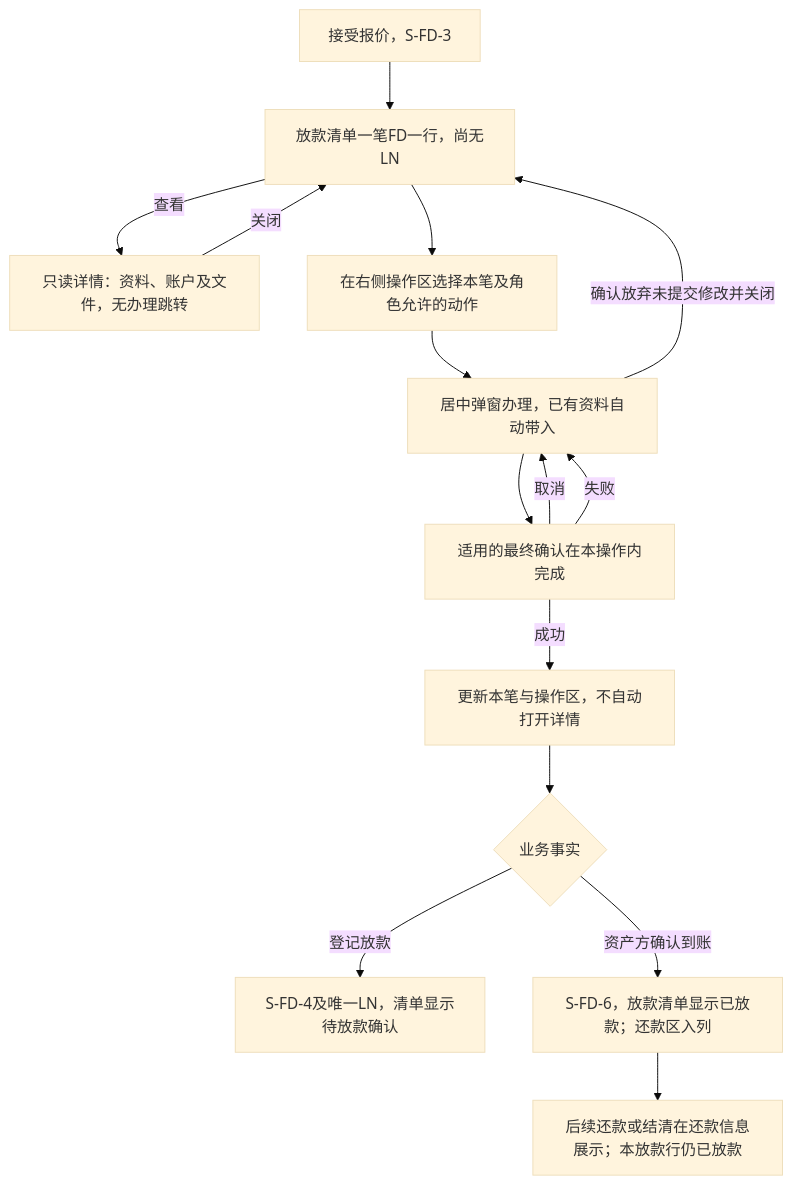
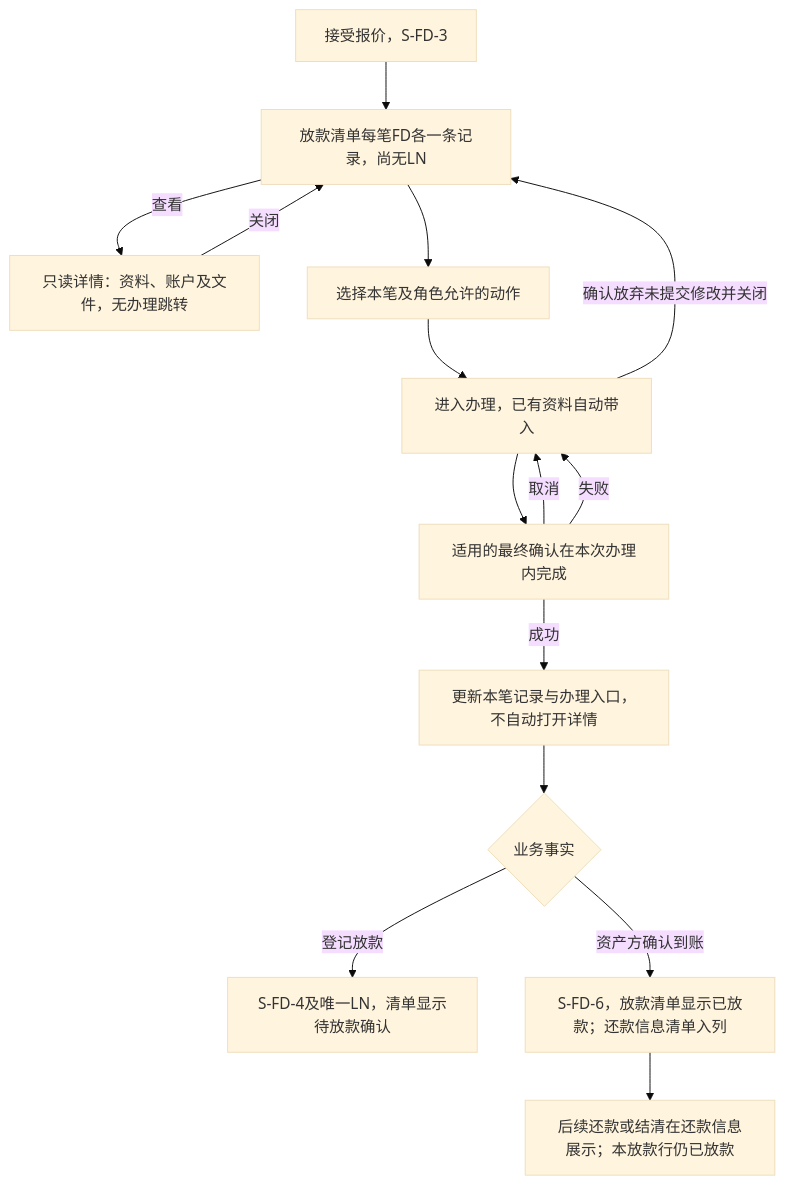
Before and after one commit to wxblockchain/Chain-Financing: the first of 6 diagrams in lending-platform/PRD/v1.0-借贷广场-放款与放款确认/02-放款与放款确认-流程图与状态机.md, drawn with Mermaid (base theme). The commit also changed other lines of this file and 4 other files, not shown here.

````diff
--- a/lending-platform/PRD/v1.0-借贷广场-放款与放款确认/02-放款与放款确认-流程图与状态机.md
+++ b/lending-platform/PRD/v1.0-借贷广场-放款与放款确认/02-放款与放款确认-流程图与状态机.md
@@ -21,17 +21,17 @@
 ```mermaid
 flowchart TD
-  A[接受报价，S-FD-3] --> B[放款清单一笔FD一行，尚无LN]
+  A[接受报价，S-FD-3] --> B[放款清单每笔FD各一条记录，尚无LN]
   B -->|查看| C[只读详情：资料、账户及文件，无办理跳转]
   C -->|关闭| B
-  B --> D[在右侧操作区选择本笔及角色允许的动作]
-  D --> E[居中弹窗办理，已有资料自动带入]
-  E --> F[适用的最终确认在本操作内完成]
+  B --> D[选择本笔及角色允许的动作]
+  D --> E[进入办理，已有资料自动带入]
+  E --> F[适用的最终确认在本次办理内完成]
   F -->|取消| E
   F -->|失败| E
-  F -->|成功| G[更新本笔与操作区，不自动打开详情]
+  F -->|成功| G[更新本笔记录与办理入口，不自动打开详情]
   G --> H{业务事实}
   H -->|登记放款| I[S-FD-4及唯一LN，清单显示待放款确认]
-  H -->|资产方确认到账| J[S-FD-6，放款清单显示已放款；还款区入列]
+  H -->|资产方确认到账| J[S-FD-6，放款清单显示已放款；还款信息清单入列]
   J --> K[后续还款或结清在还款信息展示；本放款行仍已放款]
   E -->|确认放弃未提交修改并关闭| B
 ```
````
